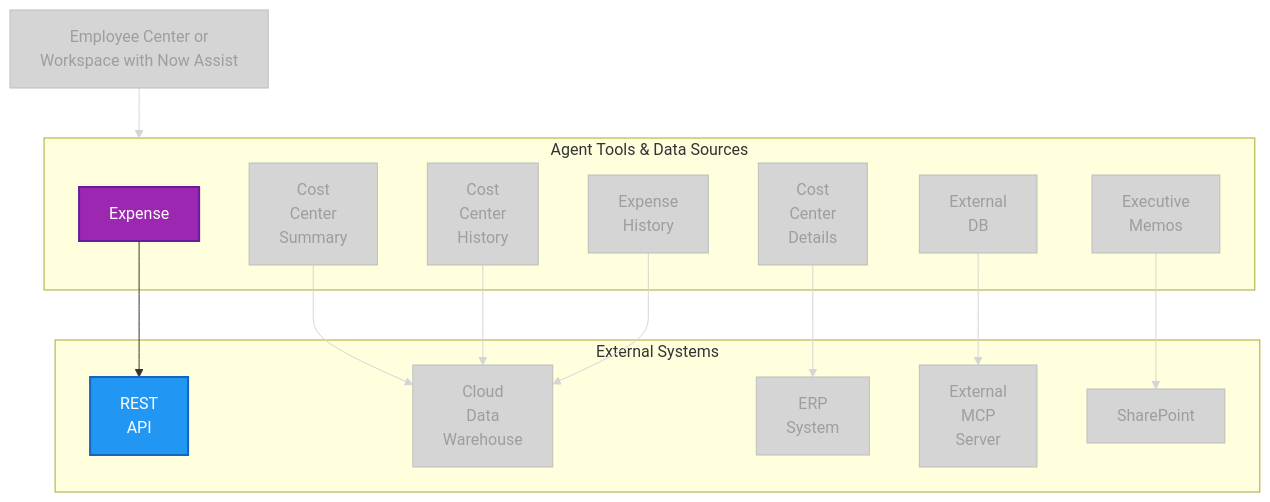
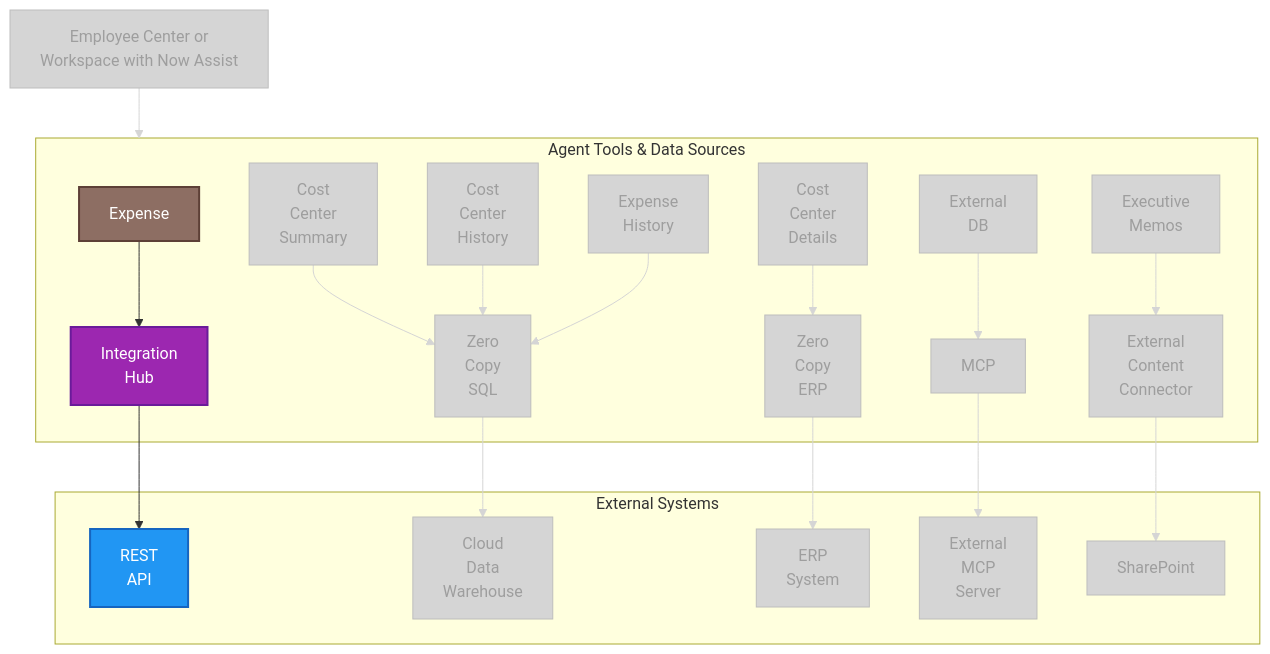
The diagram in other-diagrams/outcome-agent-flow-integration-hub.md (leojacinto/WorkflowDataFabric-TypeB), drawn with Mermaid before and after one commit. The commit also changed other lines of this file and 19 other files, not shown here.

Commit message:
Add 3-layer structure with brown Data nodes, purple WDF tools, fix typo, update legends (skip Doc Intelligence)

````diff
--- a/other-diagrams/outcome-agent-flow-integration-hub.md
+++ b/other-diagrams/outcome-agent-flow-integration-hub.md
@@ -6,54 +6,66 @@
 ```mermaid
 graph TD
 
     EC[Employee Center or<br/>Workspace with Now Assist]
   
     subgraph TOOLS["Agent Tools & Data Sources"]
-        T1["Expense<br/>"]
+        T1["Expense"]
         T2["Cost<br/>Center<br/>Details"]
         T3["Cost<br/>Center<br/>Summary"]        
         T4["Cost<br/>Center<br/>History"]
         T5["Expense<br/>History"]
         T6["External<br/>DB"]
         T7["Executive<br/>Memos"]
+        S1["Integration<br>Hub"]
+        S2["Zero<br/>Copy<br/>ERP"]
+        S3["Zero<br/>Copy<br/>SQL"]        
+        S6["MCP"]
+        S7["External<br/>Content<br/>Connector"]
     end
 
     subgraph EXT["External Systems"]
         API["REST<br/>API"]
         CDW["Cloud<br/>Data<br/>Warehouse"]
         ERP["ERP<br>System"]
         MCP_EXT["External<br/>MCP<br/>Server"]
         SharePoint["SharePoint"]
     end
     
     EC --> TOOLS
-    T1 --> API
-    T2 --> ERP
-    T3 --> CDW
-    T4 --> CDW
-    T5 --> CDW
-    T6 --> MCP_EXT
-    T7 --> SharePoint
+    T1 --> S1 --> API
+    T2 --> S2 --> ERP
+    T3 --> S3 --> CDW
+    T4 --> S3 
+    T5 --> S3 
+    T6 --> S6 --> MCP_EXT
+    T7 --> S7 --> SharePoint
 
     %% Styling
     classDef external fill:#2196F3,stroke:#1565C0,stroke-width:2px,color:#fff
     classDef wdf fill:#9C27B0,stroke:#6A1B9A,stroke-width:2px,color:#fff
+    classDef data fill:#8D6E63,stroke:#5D4037,stroke-width:2px,color:#fff
     classDef greyed fill:#D5D5D5,stroke:#BDBDBD,stroke-width:1px,color:#9E9E9E
 
-    %% Highlight only Expense and REST API
-    class T1 wdf
+    %% Highlight Expense → Integration Hub → REST API
+    class T1 data
+    class S1 wdf
     class API external
 
     %% Grey out everything else
     class EC,T2,T3,T4,T5,T6,T7 greyed
+    class S2,S3,S6,S7 greyed
     class CDW,ERP,MCP_EXT,SharePoint greyed
 
-    %% Grey out non-highlighted edges
+    %% Grey out non-highlighted edges (keep 1:T1→S1, 2:S1→API)
     linkStyle 0 stroke:#D5D5D5,stroke-width:1px
-    linkStyle 2 stroke:#D5D5D5,stroke-width:1px
     linkStyle 3 stroke:#D5D5D5,stroke-width:1px
     linkStyle 4 stroke:#D5D5D5,stroke-width:1px
     linkStyle 5 stroke:#D5D5D5,stroke-width:1px
     linkStyle 6 stroke:#D5D5D5,stroke-width:1px
     linkStyle 7 stroke:#D5D5D5,stroke-width:1px
+    linkStyle 8 stroke:#D5D5D5,stroke-width:1px
+    linkStyle 9 stroke:#D5D5D5,stroke-width:1px
+    linkStyle 10 stroke:#D5D5D5,stroke-width:1px
+    linkStyle 11 stroke:#D5D5D5,stroke-width:1px
+    linkStyle 12 stroke:#D5D5D5,stroke-width:1px
 ```
````
